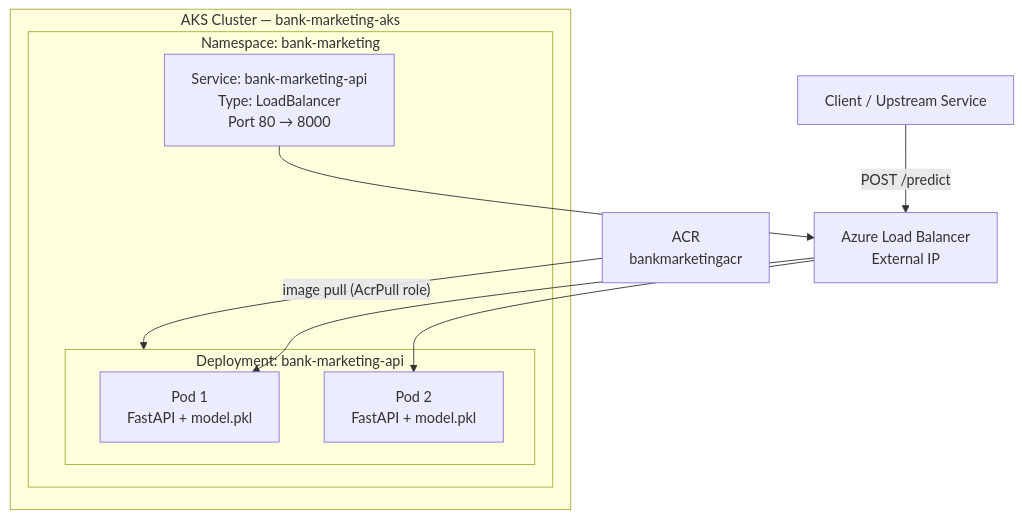
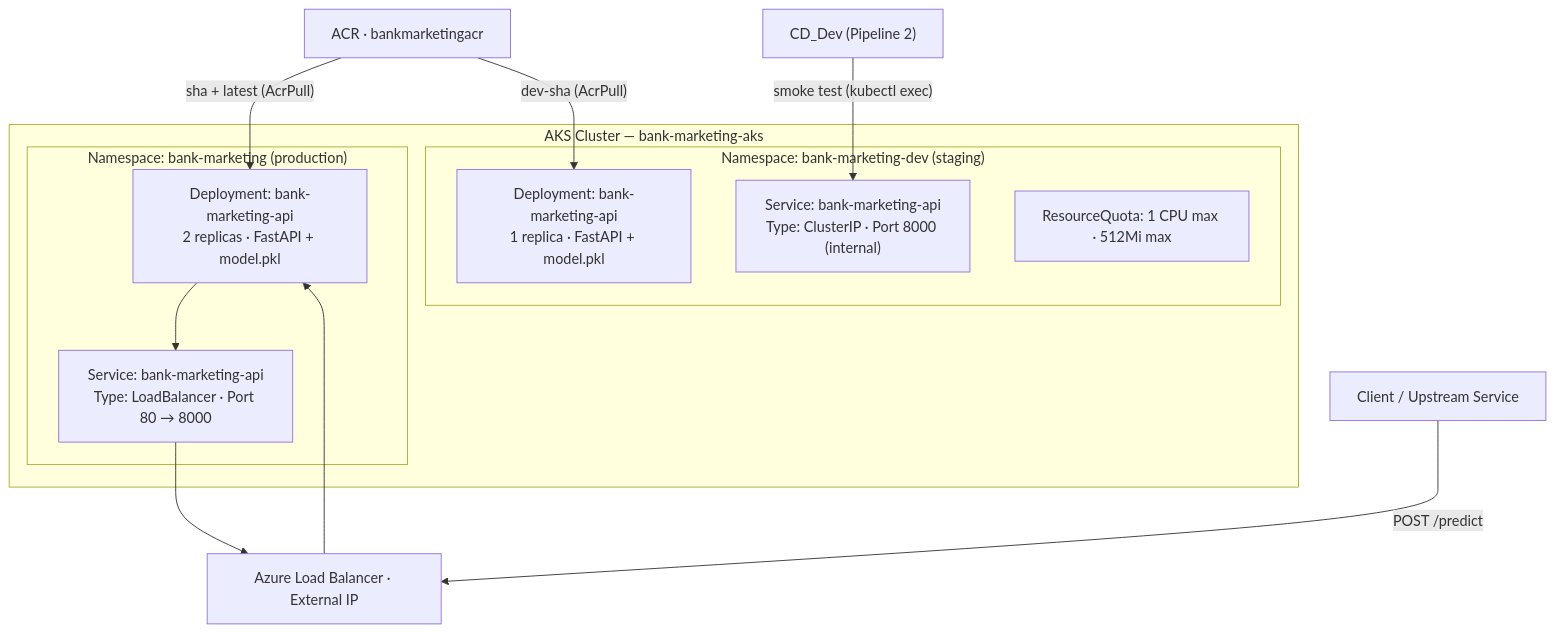
Before and after one commit to Annemarie-Bester/marketing-model-mlops-azure: the fifth of 6 diagrams in docs/architecture.md, drawn with Mermaid. The commit also changed other lines of this file and 6 other files, not shown here.

````diff
--- a/docs/architecture.md
+++ b/docs/architecture.md
@@ -300,22 +304,27 @@
 ```mermaid
 flowchart TD
     subgraph AKS["AKS Cluster — bank-marketing-aks"]
-        subgraph NS["Namespace: bank-marketing"]
-            subgraph DEP["Deployment: bank-marketing-api"]
-                POD1["Pod 1<br/>FastAPI + model.pkl"]
-                POD2["Pod 2<br/>FastAPI + model.pkl"]
-            end
-            SVC["Service: bank-marketing-api<br/>Type: LoadBalancer<br/>Port 80 → 8000"]
+        subgraph NS_PROD["Namespace: bank-marketing (production)"]
+            DEP_PROD["Deployment: bank-marketing-api<br/>2 replicas · FastAPI + model.pkl"]
+            SVC_PROD["Service: bank-marketing-api<br/>Type: LoadBalancer · Port 80 → 8000"]
+        end
+        subgraph NS_DEV["Namespace: bank-marketing-dev (staging)"]
+            DEP_DEV["Deployment: bank-marketing-api<br/>1 replica · FastAPI + model.pkl"]
+            SVC_DEV["Service: bank-marketing-api<br/>Type: ClusterIP · Port 8000 (internal)"]
+            RQ["ResourceQuota: 1 CPU max · 512Mi max"]
         end
     end
 
-    ACR["ACR<br/>bankmarketingacr"]
-    LB["Azure Load Balancer<br/>External IP"]
+    ACR["ACR · bankmarketingacr"]
+    LB["Azure Load Balancer · External IP"]
     CLIENT["Client / Upstream Service"]
+    CICD["CD_Dev (Pipeline 2)"]
 
-    ACR -->|"image pull (AcrPull role)"| DEP
-    SVC --> LB
+    ACR -->|"sha + latest (AcrPull)"| DEP_PROD
+    ACR -->|"dev-sha (AcrPull)"| DEP_DEV
+    DEP_PROD --> SVC_PROD
+    SVC_PROD --> LB
     CLIENT -->|"POST /predict"| LB
-    LB --> POD1
-    LB --> POD2
+    LB --> DEP_PROD
+    CICD -->|"smoke test (kubectl exec)"| SVC_DEV
 ```
````
